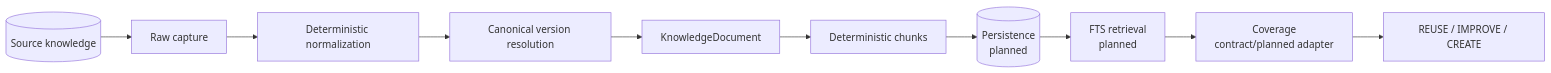
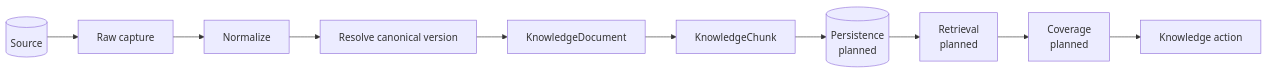
The diagram in README.md (kumarchandansingh/tropos), drawn with Mermaid before and after one commit. The commit also changed other lines of this file and 13 other files, not shown here.

````diff
--- a/README.md
+++ b/README.md
@@ -20,13 +33,13 @@
 ```mermaid
 flowchart LR
-    S[(Source knowledge)]
+    S[(Source)]
     --> R[Raw capture]
-    --> N[Deterministic normalization]
-    --> V[Canonical version resolution]
+    --> N[Normalize]
+    --> V[Resolve canonical version]
     --> D[KnowledgeDocument]
-    --> C[Deterministic chunks]
+    --> C[KnowledgeChunk]
     --> P[(Persistence<br/>planned)]
-    --> F[FTS retrieval<br/>planned]
-    --> CV[Coverage<br/>contract/planned adapter]
-    --> A[REUSE / IMPROVE / CREATE]
+    --> Q[Retrieval<br/>planned]
+    --> G[Coverage<br/>planned]
+    --> A[Knowledge action]
 ```
````
